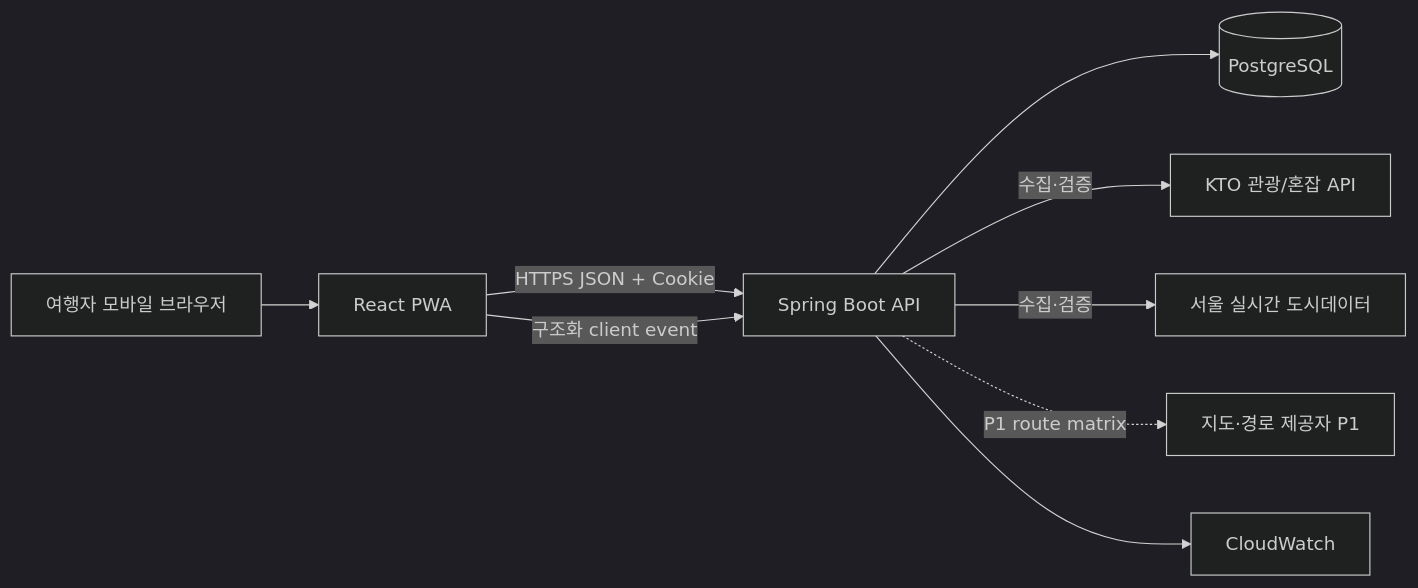
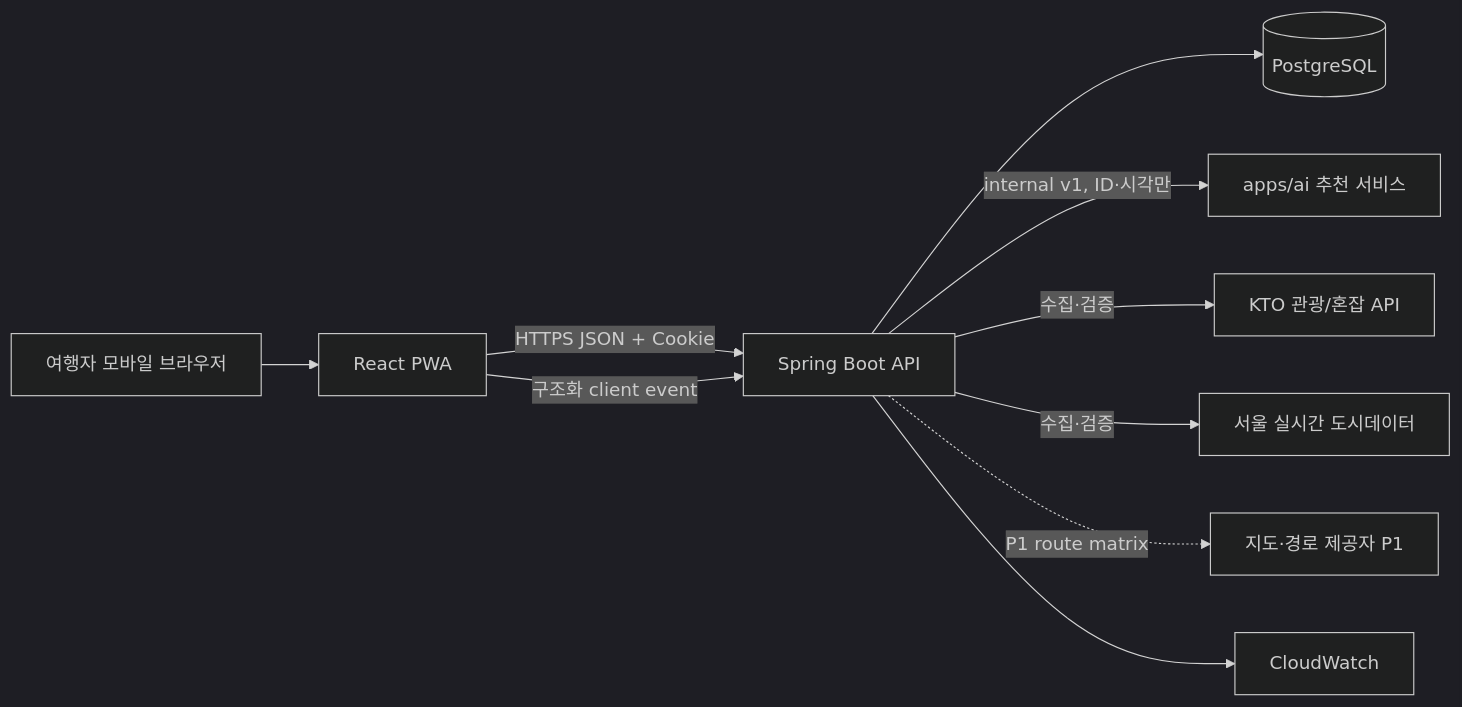
One commit to yutakdv/Nullnull changed the first of 5 diagrams in docs/architecture/SYSTEM_ARCHITECTURE.md. Above: the diagram before and after it, drawn with Mermaid (dark theme). The commit also changed other lines of this file and 73 other files, not shown here.

````diff
--- a/docs/architecture/SYSTEM_ARCHITECTURE.md
+++ b/docs/architecture/SYSTEM_ARCHITECTURE.md
@@ -18,20 +29,22 @@
 ```mermaid
 flowchart LR
     U[여행자 모바일 브라우저]
     WEB[React PWA]
     API[Spring Boot API]
+    AI[apps/ai 추천 서비스]
     DB[(PostgreSQL)]
     KTO[KTO 관광/혼잡 API]
     SEOUL[서울 실시간 도시데이터]
     MAP[지도·경로 제공자 P1]
     OBS[CloudWatch]
 
     U --> WEB
     WEB -->|HTTPS JSON + Cookie| API
     API --> DB
+    API -->|internal v1, ID·시각만| AI
     API -->|수집·검증| KTO
     API -->|수집·검증| SEOUL
     API -. P1 route matrix .-> MAP
     WEB -->|구조화 client event| API
     API --> OBS
 ```
````
